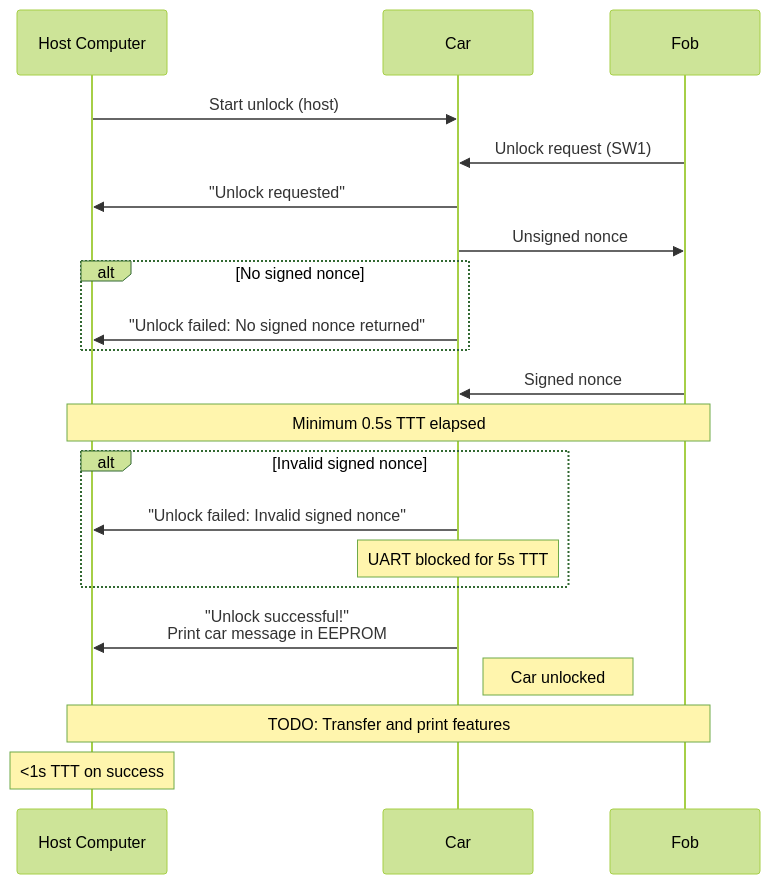
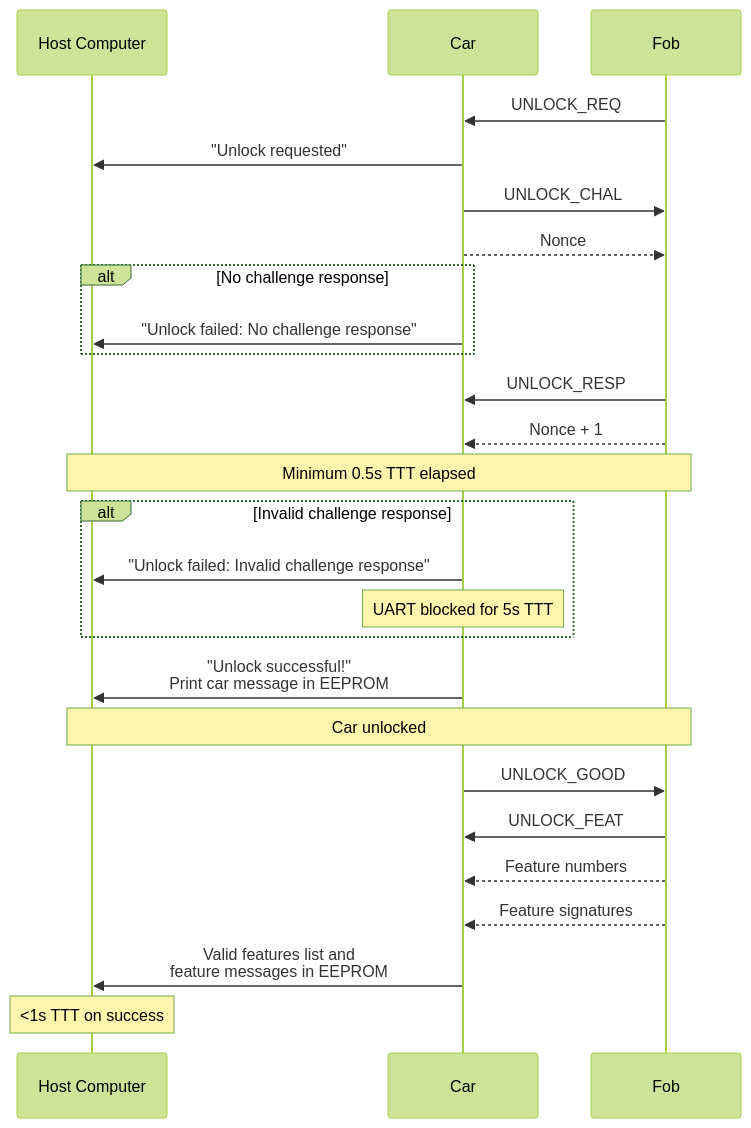
Before and after one commit to sigpwny/2023-ectf-uiuc: the third of 3 diagrams in docs/protocol.md, drawn with Mermaid (forest theme). The commit also changed other lines of this file, not shown here.

Commit message:
Add enable features and some more unlock car protocol documentation

````diff
--- a/docs/protocol.md
+++ b/docs/protocol.md
@@ -135,23 +163,28 @@
 ```mermaid
 sequenceDiagram
   participant Host Computer
   participant Car
   participant Fob
-  Host Computer ->> Car: Start unlock (host)
-  Fob ->> Car: Unlock request (SW1)
+  Fob ->> Car: UNLOCK_REQ
   Car ->> Host Computer: "Unlock requested"
-  Car ->> Fob: Unsigned nonce
-  alt No signed nonce
-    Car ->> Host Computer: "Unlock failed: No signed nonce returned"
+  Car ->> Fob: UNLOCK_CHAL
+  Car -->> Fob: Nonce
+  alt No challenge response
+    Car ->> Host Computer: "Unlock failed: No challenge response"
   end
-  Fob->>Car: Signed nonce
+  Fob ->> Car: UNLOCK_RESP
+  Fob -->> Car: Nonce + 1
   Note over Host Computer, Fob: Minimum 0.5s TTT elapsed
-  alt Invalid signed nonce
-    Car->>Host Computer: "Unlock failed: Invalid signed nonce"
+  alt Invalid challenge response
+    Car ->> Host Computer: "Unlock failed: Invalid challenge response"
     Note over Car: UART blocked for 5s TTT
   end
-  Car->>Host Computer: "Unlock successful!" <br/>Print car message in EEPROM
-  Note right of Car: Car unlocked
-  Note over Host Computer, Fob: TODO: Transfer and print features
+  Car ->> Host Computer: "Unlock successful!" <br/>Print car message in EEPROM
+  Note over Host Computer, Fob: Car unlocked
+  Car ->> Fob: UNLOCK_GOOD
+  Fob ->> Car: UNLOCK_FEAT
+  Fob -->> Car: Feature numbers
+  Fob -->> Car: Feature signatures
+  Car ->> Host Computer: Valid features list and <br/>feature messages in EEPROM
   Note over Host Computer: <1s TTT on success
 ```
````
